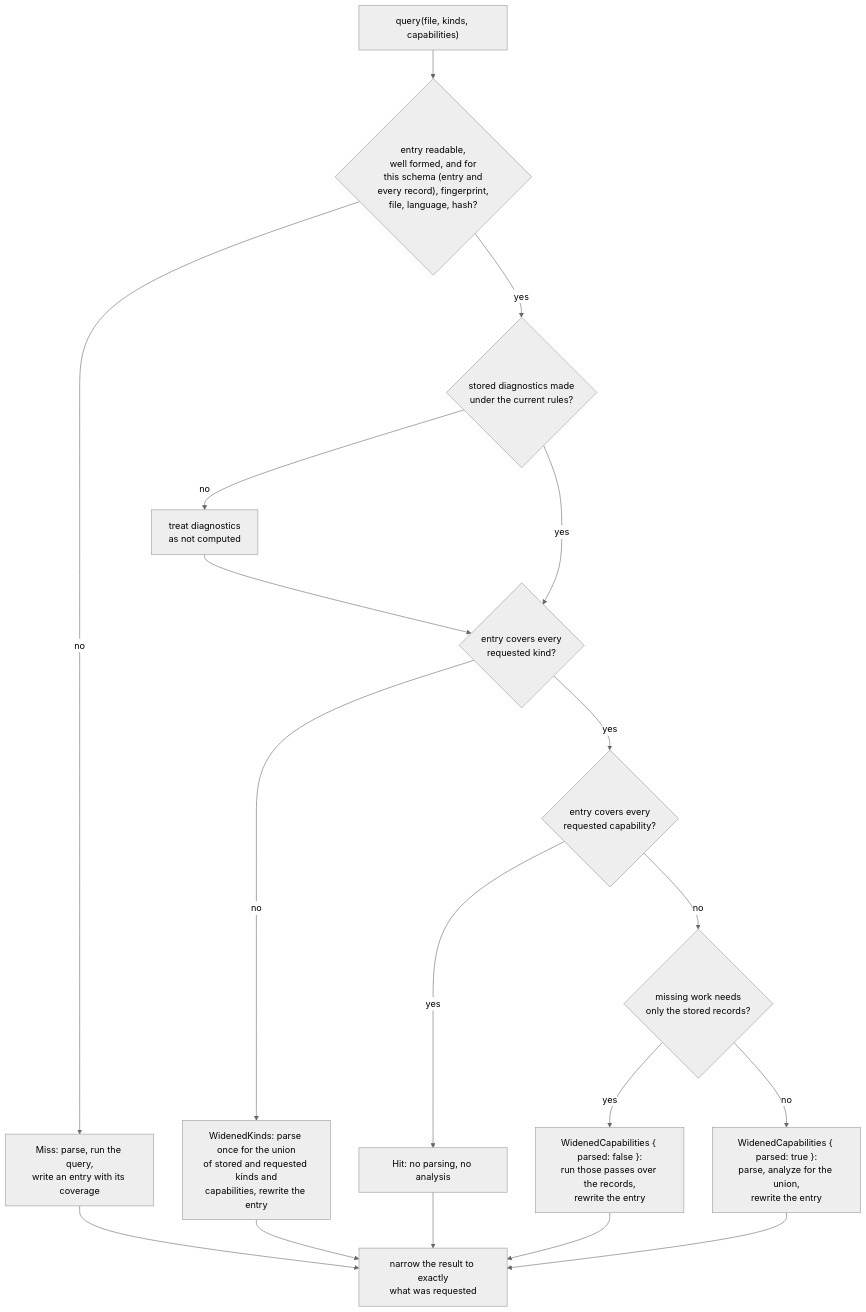
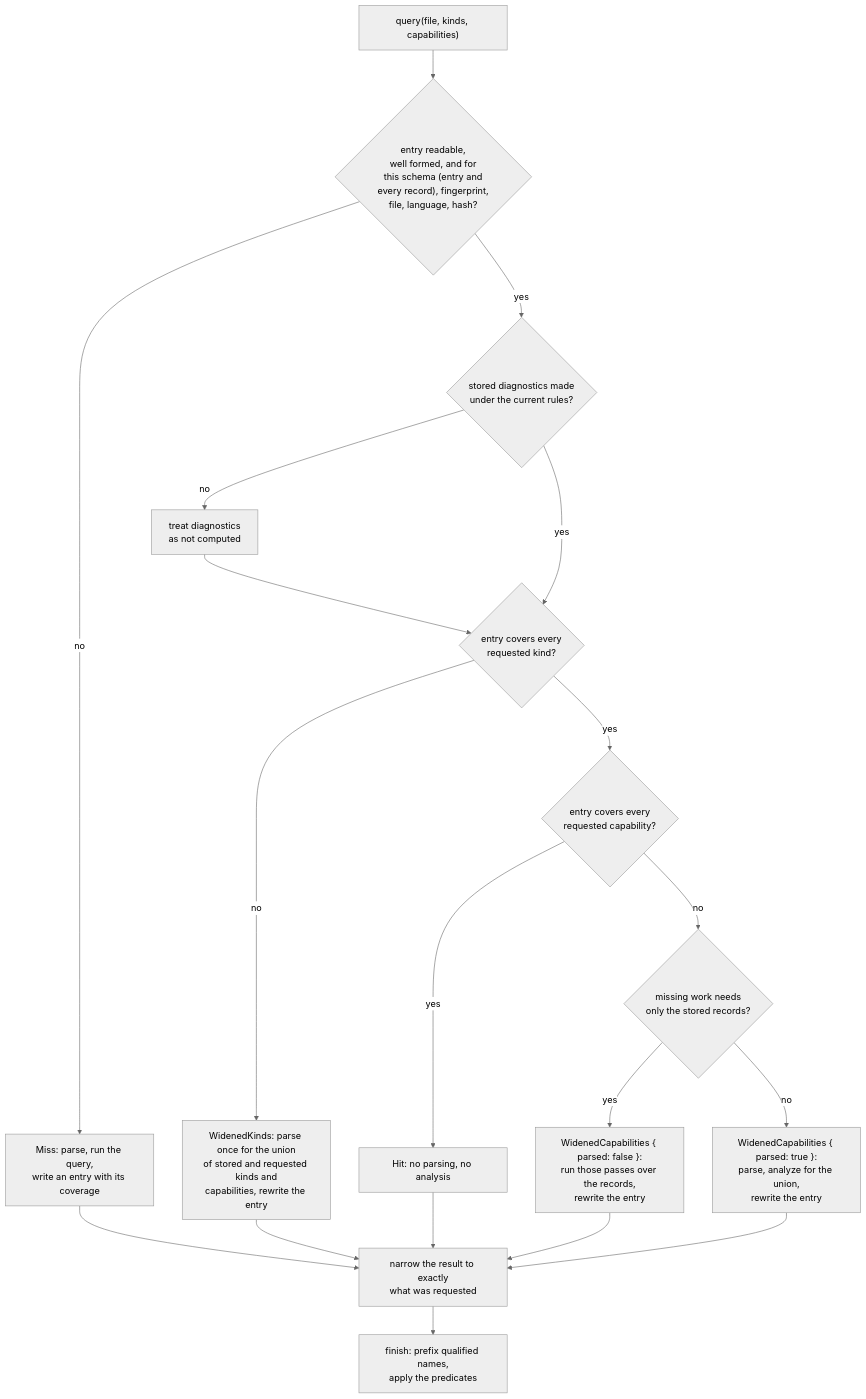
One commit to yankeeinlondon/rusty-biscuit changed the diagram in tree-hugger/docs/cache-design.md. Above: the diagram before and after it, drawn with Mermaid (neutral theme). The commit also changed other lines of this file and 14 other files, not shown here.

````diff
--- a/tree-hugger/docs/cache-design.md
+++ b/tree-hugger/docs/cache-design.md
@@ -249,15 +252,16 @@
 ```mermaid
 flowchart TD
     Q["query(file, kinds, capabilities)"] --> R{"entry readable,<br/>well formed, and for<br/>this schema (entry and<br/>every record), fingerprint,<br/>file, language, hash?"}
     R -- no --> M["Miss: parse, run the query,<br/>write an entry with its coverage"]
     R -- yes --> D{"stored diagnostics made<br/>under the current rules?"}
     D -- no --> X["treat diagnostics<br/>as not computed"] --> K
     D -- yes --> K{"entry covers every<br/>requested kind?"}
     K -- no --> WK["WidenedKinds: parse once for the union<br/>of stored and requested kinds and<br/>capabilities, rewrite the entry"]
     K -- yes --> C{"entry covers every<br/>requested capability?"}
     C -- yes --> H["Hit: no parsing, no analysis"]
     C -- no --> P{"missing work needs<br/>only the stored records?"}
     P -- yes --> WR["WidenedCapabilities { parsed: false }:<br/>run those passes over the records,<br/>rewrite the entry"]
     P -- no --> WP["WidenedCapabilities { parsed: true }:<br/>parse, analyze for the union,<br/>rewrite the entry"]
     M & WK & H & WR & WP --> N["narrow the result to exactly<br/>what was requested"]
+    N --> F["finish: prefix qualified names,<br/>apply the predicates"]
 ```
````
